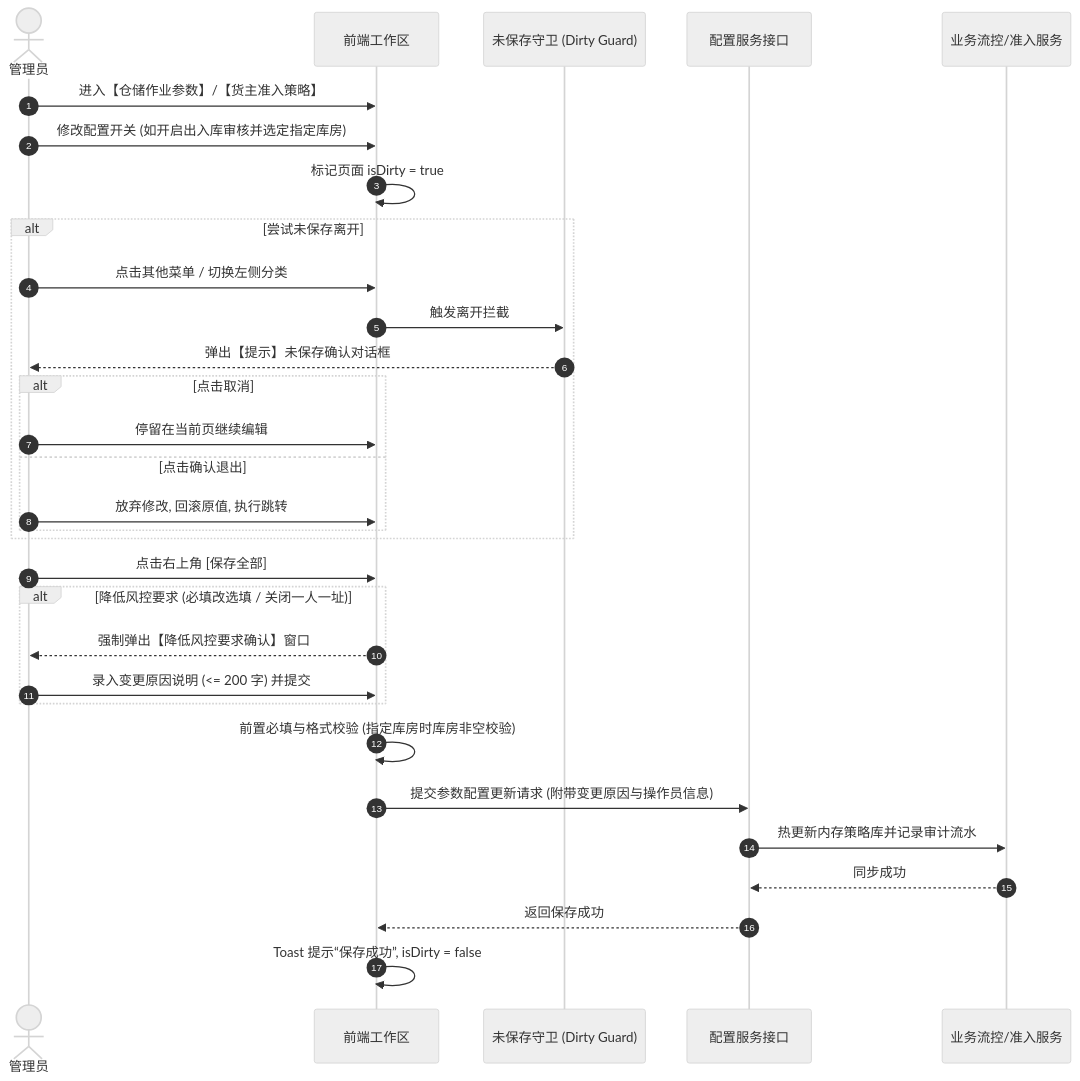
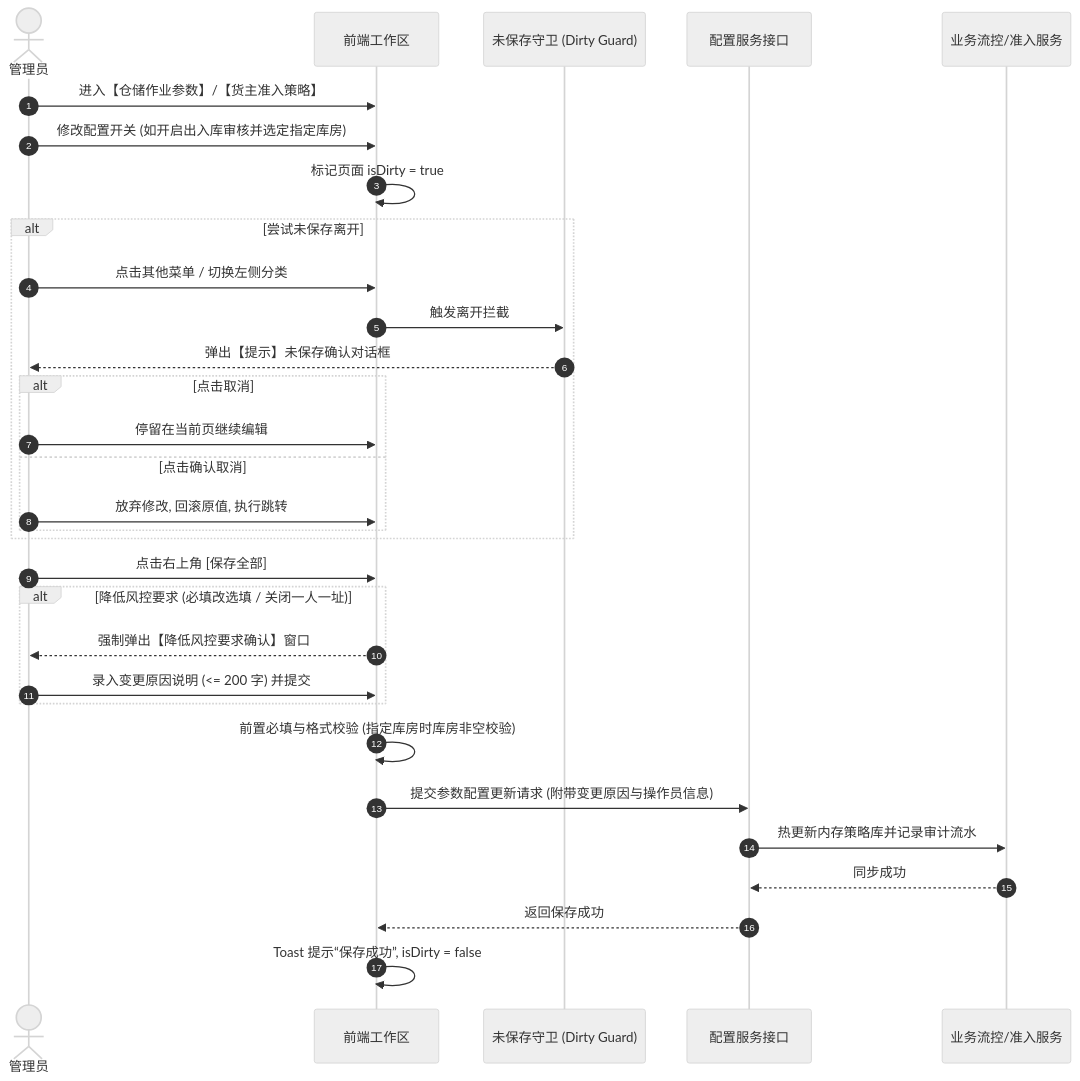
Before and after one commit to RobertHuang999/SYZC: the second of 4 diagrams in 02-PRD文档/B-迭代需求/6.3版本（2026.09）/02-平台管理-基础配置/基础配置业务规则规格.md, drawn with Mermaid (neutral theme). The commit also changed other lines of this file and 125 other files, not shown here.

````diff
--- a/02-PRD文档/B-迭代需求/6.3版本（2026.09）/02-平台管理-基础配置/基础配置业务规则规格.md
+++ b/02-PRD文档/B-迭代需求/6.3版本（2026.09）/02-平台管理-基础配置/基础配置业务规则规格.md
@@ -76,36 +76,36 @@
 ```mermaid
 sequenceDiagram
     autonumber
     actor Admin as 管理员
     participant UI as 前端工作区
     participant Guard as 未保存守卫 (Dirty Guard)
     participant API as 配置服务接口
     participant Hub as 业务流控/准入服务
 
     Admin->>UI: 进入【仓储作业参数】/【货主准入策略】
     Admin->>UI: 修改配置开关 (如开启出入库审核并选定指定库房)
     UI->>UI: 标记页面 isDirty = true
 
     alt 尝试未保存离开
         Admin->>UI: 点击其他菜单 / 切换左侧分类
         UI->>Guard: 触发离开拦截
         Guard-->>Admin: 弹出【提示】未保存确认对话框
         alt 点击取消
             Admin->>UI: 停留在当前页继续编辑
-        else 点击确认退出
+        else 点击确认取消
             Admin->>UI: 放弃修改, 回滚原值, 执行跳转
         end
     end
 
     Admin->>UI: 点击右上角 [保存全部]
     alt 降低风控要求 (必填改选填 / 关闭一人一址)
         UI-->>Admin: 强制弹出【降低风控要求确认】窗口
         Admin->>UI: 录入变更原因说明 (<= 200 字) 并提交
     end
     UI->>UI: 前置必填与格式校验 (指定库房时库房非空校验)
     UI->>API: 提交参数配置更新请求 (附带变更原因与操作员信息)
     API->>Hub: 热更新内存策略库并记录审计流水
     Hub-->>API: 同步成功
     API-->>UI: 返回保存成功
     UI->>UI: Toast 提示“保存成功”, isDirty = false
 ```
````
